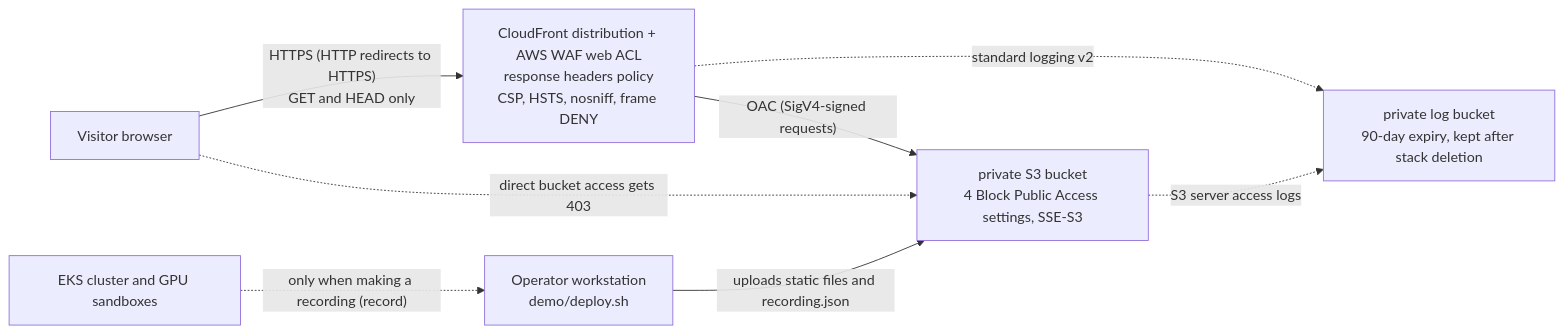
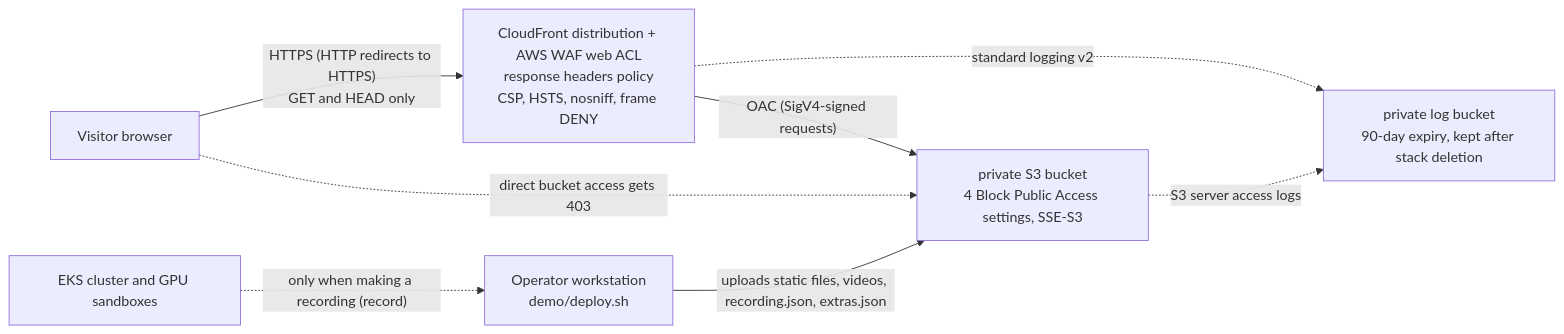
Before and after one commit to daekeun-ml/gpu-sandbox-on-aws: the diagram in docs/handson/09_demo_site.en.md, drawn with Mermaid. The commit also changed other lines of this file and 18 other files, not shown here.

````diff
--- a/docs/handson/09_demo_site.en.md
+++ b/docs/handson/09_demo_site.en.md
@@ -47,10 +50,10 @@
 ```mermaid
 flowchart LR
     V["Visitor browser"] -->|"HTTPS (HTTP redirects to HTTPS)<br/>GET and HEAD only"| CF["CloudFront distribution + AWS WAF web ACL<br/>response headers policy<br/>CSP, HSTS, nosniff, frame DENY"]
     CF -->|"OAC (SigV4-signed requests)"| S3["private S3 bucket<br/>4 Block Public Access settings, SSE-S3"]
     V -.->|"direct bucket access gets 403"| S3
     CF -.->|"standard logging v2"| LOG["private log bucket<br/>90-day expiry, kept after stack deletion"]
     S3 -.->|"S3 server access logs"| LOG
-    OP["Operator workstation<br/>demo/deploy.sh"] -->|"uploads static files and recording.json"| S3
+    OP["Operator workstation<br/>demo/deploy.sh"] -->|"uploads static files, videos, recording.json, extras.json"| S3
     K["EKS cluster and GPU sandboxes"] -.->|"only when making a recording (record)"| OP
 ```
````
